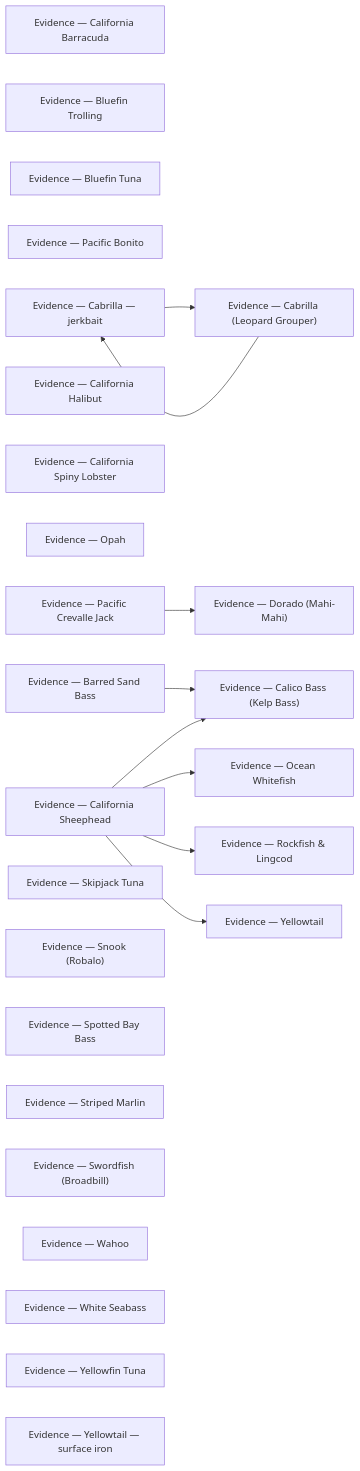
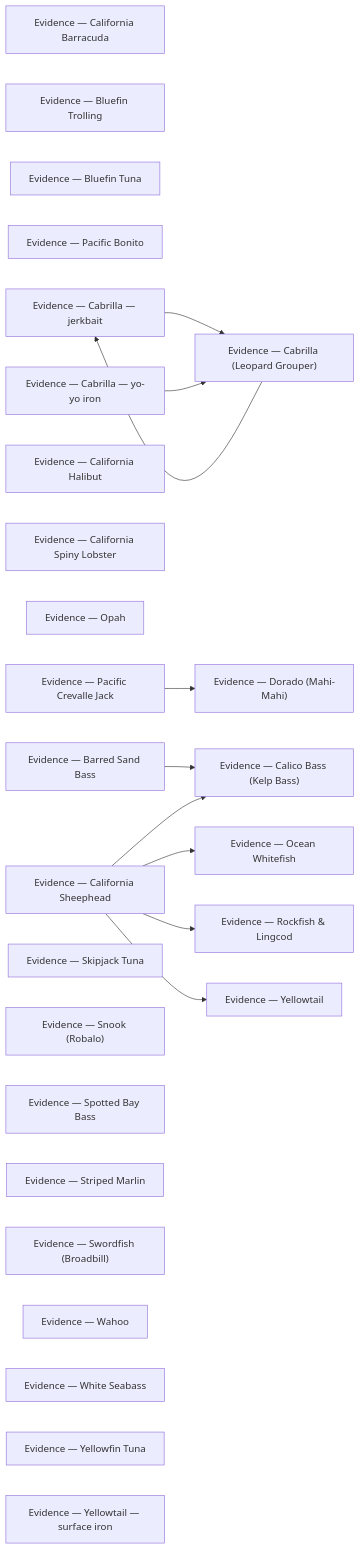
The diagram in species/evidence/README.md (camchuckpete-max/Socal-Fishing-Knowledge), drawn with Mermaid before and after one commit. The commit also changed other lines of this file and 10 other files, not shown here.

Commit message:
review: relocate species/cabrilla.md → species/cabrilla-yo-yo-iron.md

````diff
--- a/species/evidence/README.md
+++ b/species/evidence/README.md
@@ -39,37 +40,39 @@
 ```mermaid
 graph LR
   n0["Evidence — California Barracuda"]
   n1["Evidence — Bluefin Trolling"]
   n2["Evidence — Bluefin Tuna"]
   n3["Evidence — Pacific Bonito"]
   n4["Evidence — Cabrilla — jerkbait"]
-  n5["Evidence — Cabrilla (Leopard Grouper)"]
-  n6["Evidence — Calico Bass (Kelp Bass)"]
-  n7["Evidence — California Halibut"]
-  n8["Evidence — California Spiny Lobster"]
-  n9["Evidence — Dorado (Mahi-Mahi)"]
-  n10["Evidence — Ocean Whitefish"]
-  n11["Evidence — Opah"]
-  n12["Evidence — Pacific Crevalle Jack"]
-  n13["Evidence — Rockfish & Lingcod"]
-  n14["Evidence — Barred Sand Bass"]
-  n15["Evidence — California Sheephead"]
-  n16["Evidence — Skipjack Tuna"]
-  n17["Evidence — Snook (Robalo)"]
-  n18["Evidence — Spotted Bay Bass"]
-  n19["Evidence — Striped Marlin"]
-  n20["Evidence — Swordfish (Broadbill)"]
-  n21["Evidence — Wahoo"]
-  n22["Evidence — White Seabass"]
-  n23["Evidence — Yellowfin Tuna"]
-  n24["Evidence — Yellowtail — surface iron"]
-  n25["Evidence — Yellowtail"]
-  n12 --> n9
-  n14 --> n6
-  n15 --> n10
-  n15 --> n13
-  n15 --> n25
-  n15 --> n6
-  n4 --> n5
-  n5 --> n4
+  n5["Evidence — Cabrilla — yo-yo iron"]
+  n6["Evidence — Cabrilla (Leopard Grouper)"]
+  n7["Evidence — Calico Bass (Kelp Bass)"]
+  n8["Evidence — California Halibut"]
+  n9["Evidence — California Spiny Lobster"]
+  n10["Evidence — Dorado (Mahi-Mahi)"]
+  n11["Evidence — Ocean Whitefish"]
+  n12["Evidence — Opah"]
+  n13["Evidence — Pacific Crevalle Jack"]
+  n14["Evidence — Rockfish & Lingcod"]
+  n15["Evidence — Barred Sand Bass"]
+  n16["Evidence — California Sheephead"]
+  n17["Evidence — Skipjack Tuna"]
+  n18["Evidence — Snook (Robalo)"]
+  n19["Evidence — Spotted Bay Bass"]
+  n20["Evidence — Striped Marlin"]
+  n21["Evidence — Swordfish (Broadbill)"]
+  n22["Evidence — Wahoo"]
+  n23["Evidence — White Seabass"]
+  n24["Evidence — Yellowfin Tuna"]
+  n25["Evidence — Yellowtail — surface iron"]
+  n26["Evidence — Yellowtail"]
+  n13 --> n10
+  n15 --> n7
+  n16 --> n11
+  n16 --> n14
+  n16 --> n26
+  n16 --> n7
+  n4 --> n6
+  n5 --> n6
+  n6 --> n4
 ```
````
